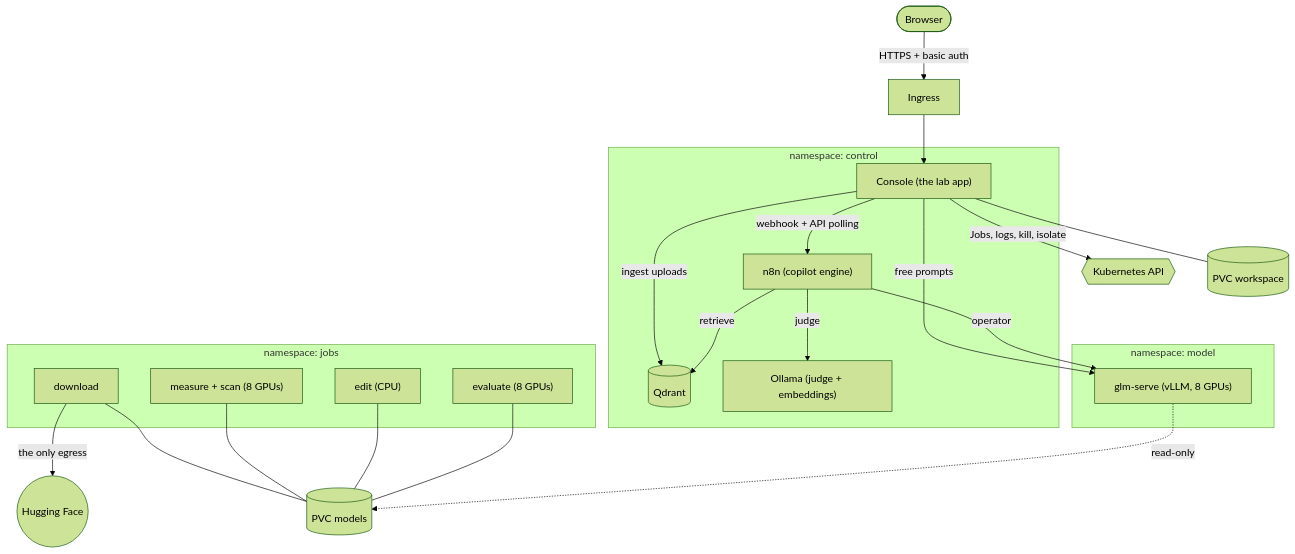
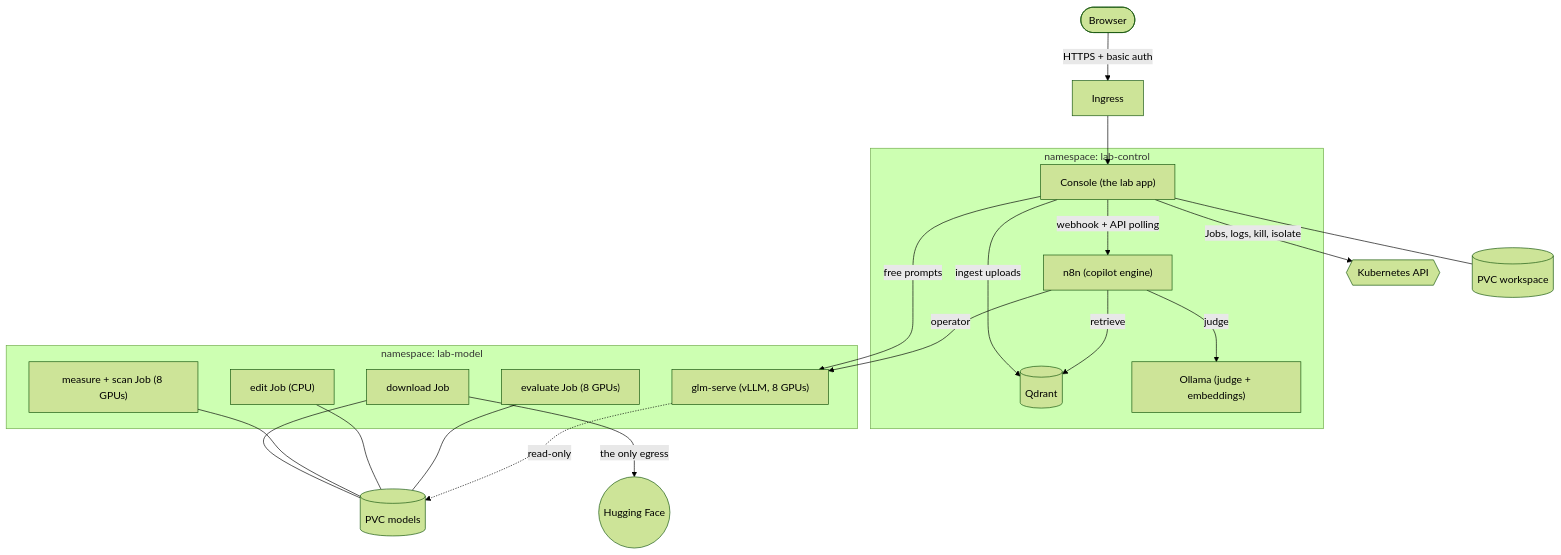
The first of 4 diagrams in docs/design/glm5-k8s-console.md (Thrizzo/abliteration-lab), drawn with Mermaid (forest theme) before and after one commit. The commit also changed other lines of this file and 2 other files, not shown here.

````diff
--- a/docs/design/glm5-k8s-console.md
+++ b/docs/design/glm5-k8s-console.md
@@ -60,35 +61,33 @@
 ```mermaid
 flowchart TB
   user([Browser]) -->|"HTTPS + basic auth"| ing[Ingress]
-  subgraph control ["namespace: control"]
+  subgraph control ["namespace: lab-control"]
     console["Console (the lab app)"]
     n8n["n8n (copilot engine)"]
     qdrant[("Qdrant")]
     ollama["Ollama (judge + embeddings)"]
   end
-  subgraph model ["namespace: model"]
+  subgraph model ["namespace: lab-model"]
     vllm["glm-serve (vLLM, 8 GPUs)"]
-  end
-  subgraph jobs ["namespace: jobs"]
-    dl[download]
-    ms["measure + scan (8 GPUs)"]
-    ed["edit (CPU)"]
-    ev["evaluate (8 GPUs)"]
+    dl["download Job"]
+    ms["measure + scan Job (8 GPUs)"]
+    ed["edit Job (CPU)"]
+    ev["evaluate Job (8 GPUs)"]
   end
   k8s{{"Kubernetes API"}}
   models[("PVC models")]
   ws[("PVC workspace")]
   hf(("Hugging Face"))
   ing --> console
   console -->|"webhook + API polling"| n8n
   console -->|"free prompts"| vllm
   console -->|"Jobs, logs, kill, isolate"| k8s
   console -->|"ingest uploads"| qdrant
   n8n -->|operator| vllm
   n8n -->|judge| ollama
   n8n -->|retrieve| qdrant
   dl & ms & ed & ev --- models
   vllm -.->|"read-only"| models
   console --- ws
   dl -->|"the only egress"| hf
 ```
````
